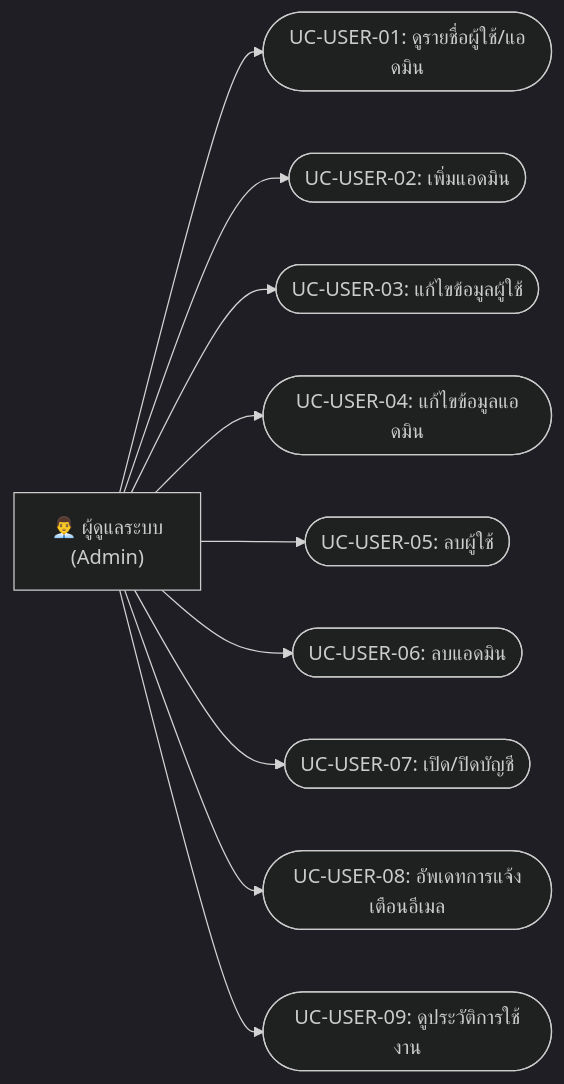
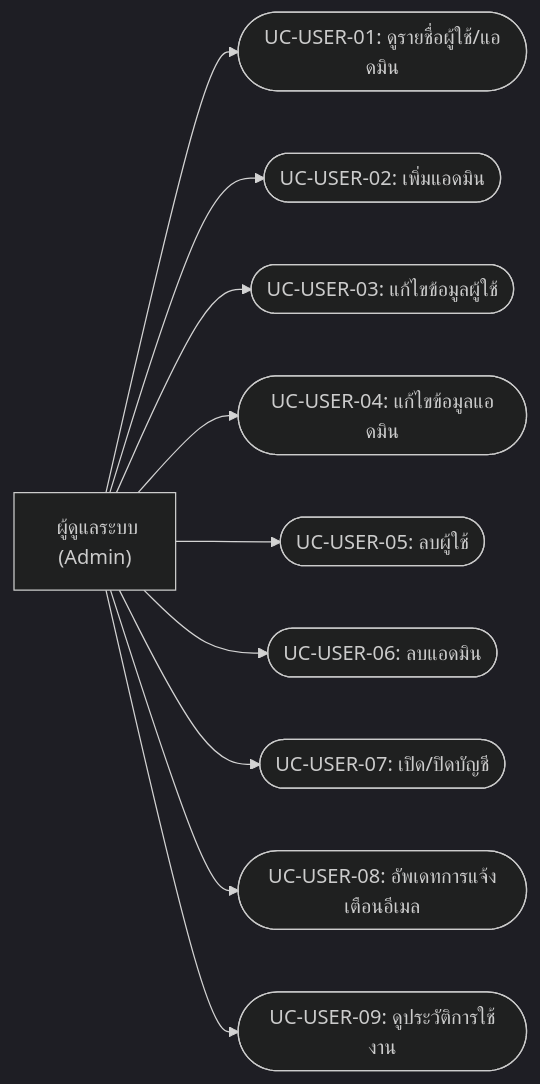
Before and after one commit to kriangkraiii/HRCP.KKU: the first of 4 diagrams in HRCP-KKU-Academic/docs/modules/08-user-management.md, drawn with Mermaid (dark theme). The commit also changed 69 other files, not shown here.

````diff
--- a/HRCP-KKU-Academic/docs/modules/08-user-management.md
+++ b/HRCP-KKU-Academic/docs/modules/08-user-management.md
@@ -9,24 +9,24 @@
 ```mermaid
 graph LR
-    Admin["👨‍💼 ผู้ดูแลระบบ<br/>(Admin)"]
+    Admin["‍ ผู้ดูแลระบบ<br/>(Admin)"]
 
     UC1(["UC-USER-01: ดูรายชื่อผู้ใช้/แอดมิน"])
     UC2(["UC-USER-02: เพิ่มแอดมิน"])
     UC3(["UC-USER-03: แก้ไขข้อมูลผู้ใช้"])
     UC4(["UC-USER-04: แก้ไขข้อมูลแอดมิน"])
     UC5(["UC-USER-05: ลบผู้ใช้"])
     UC6(["UC-USER-06: ลบแอดมิน"])
     UC7(["UC-USER-07: เปิด/ปิดบัญชี"])
     UC8(["UC-USER-08: อัพเดทการแจ้งเตือนอีเมล"])
     UC9(["UC-USER-09: ดูประวัติการใช้งาน"])
 
     Admin --> UC1
     Admin --> UC2
     Admin --> UC3
     Admin --> UC4
     Admin --> UC5
     Admin --> UC6
     Admin --> UC7
     Admin --> UC8
     Admin --> UC9
 ```
````
